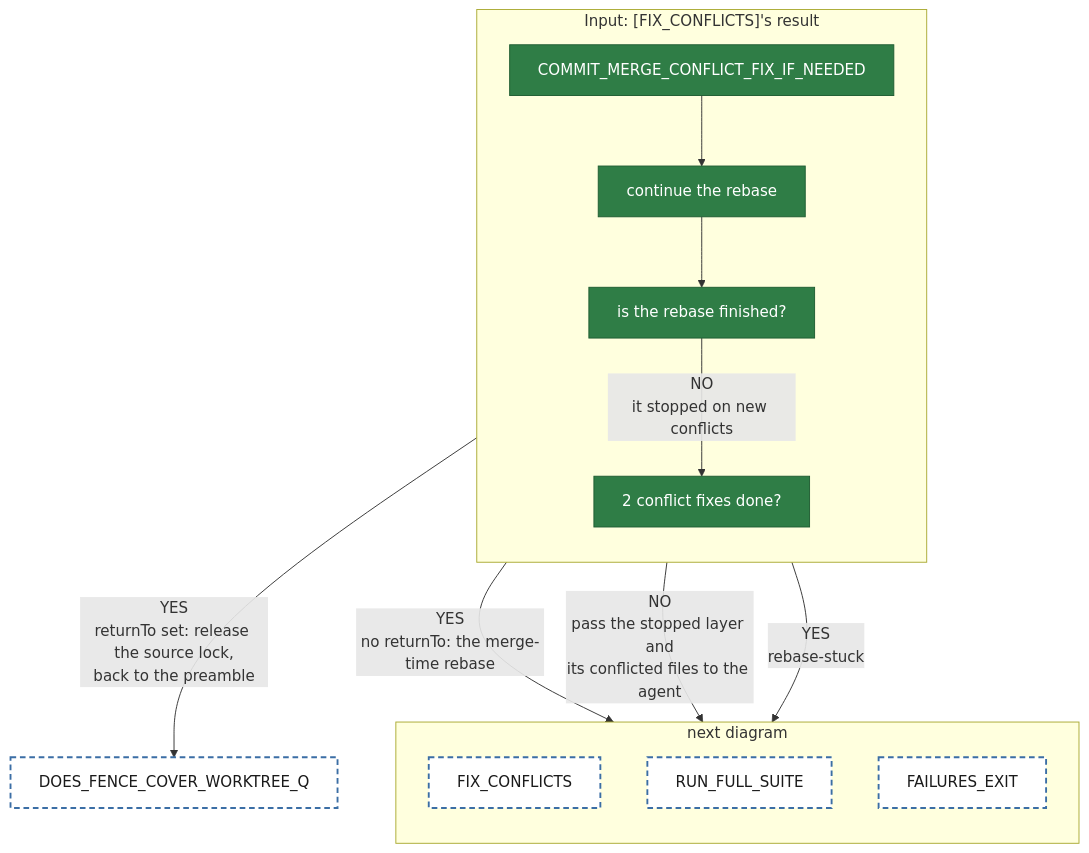
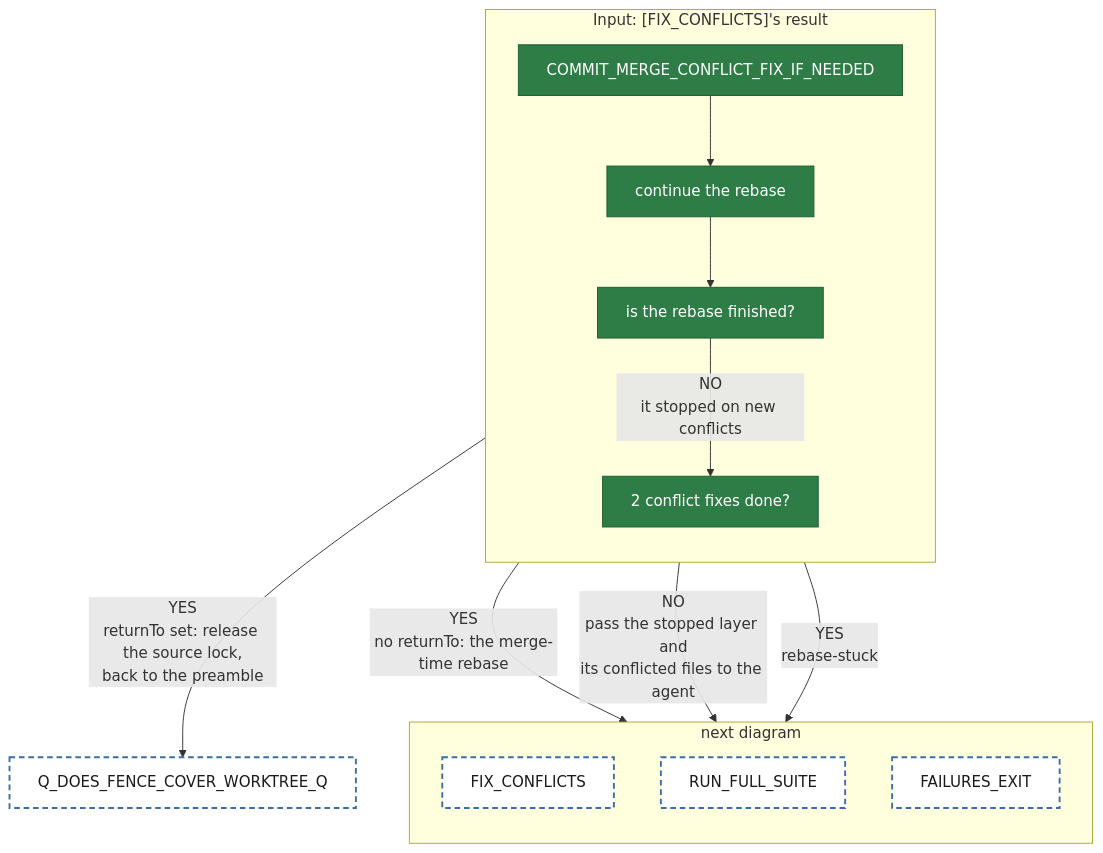
One commit to matkatmusic/taskTools changed the diagram in diagrams/tackle-tasks/pipeline-commitMergeConflictFixIfNeeded.mmd. Above: the diagram before and after it, drawn with Mermaid. The commit also changed 82 other files, not shown here.

First line of the commit message:
[mermaid 11] Replace the preamble diagram with the new-format one

```diff
--- a/diagrams/tackle-tasks/pipeline-commitMergeConflictFixIfNeeded.mmd
+++ b/diagrams/tackle-tasks/pipeline-commitMergeConflictFixIfNeeded.mmd
@@ -1,33 +1,33 @@
 flowchart TB
 %% One agent() call. /run-step starts at COMMIT_MERGE_CONFLICT_FIX_IF_NEEDED. Every path ends at an orange block or a dashed block.
 
   subgraph commitMergeConflictFixIfNeeded ["Input: [FIX_CONFLICTS]'s result"]
     direction TB
     COMMIT_MERGE_CONFLICT_FIX_IF_NEEDED["COMMIT_MERGE_CONFLICT_FIX_IF_NEEDED"]
     CONTINUE_REBASE["continue the rebase"]
     IS_REBASE_FINISHED_Q["is the rebase finished?"]
     ARE_2_CONFLICT_FIXES_DONE_Q["2 conflict fixes done?"]
   end
   subgraph commitMergeConflictFixIfNeededNext ["next diagram"]
     direction TB
     FIX_CONFLICTS["FIX_CONFLICTS"]
     RUN_FULL_SUITE["RUN_FULL_SUITE"]
     FAILURES_EXIT["FAILURES_EXIT"]
   end
   commitMergeConflictFixIfNeeded ~~~ commitMergeConflictFixIfNeededNext
 
   COMMIT_MERGE_CONFLICT_FIX_IF_NEEDED --> CONTINUE_REBASE
   CONTINUE_REBASE --> IS_REBASE_FINISHED_Q
   IS_REBASE_FINISHED_Q -- "YES<br/>no returnTo: the merge-time rebase" --> RUN_FULL_SUITE
-  IS_REBASE_FINISHED_Q -- "YES<br/>returnTo set: release the source lock,<br/>back to the preamble" --> DOES_FENCE_COVER_WORKTREE_Q
+  IS_REBASE_FINISHED_Q -- "YES<br/>returnTo set: release the source lock,<br/>back to the preamble" --> Q_DOES_FENCE_COVER_WORKTREE_Q
   IS_REBASE_FINISHED_Q -- "NO<br/>it stopped on new conflicts" --> ARE_2_CONFLICT_FIXES_DONE_Q
   ARE_2_CONFLICT_FIXES_DONE_Q -- "NO<br/>pass the stopped layer and<br/>its conflicted files to the agent" --> FIX_CONFLICTS
   ARE_2_CONFLICT_FIXES_DONE_Q -- "YES<br/>rebase-stuck" --> FAILURES_EXIT
 
   classDef script fill:#2f7d46,stroke:#1e5c31,color:#ffffff
   classDef returns_a_prompt fill:#e07b39,stroke:#a8541f,color:#1a1a1a
   classDef fail fill:red,stroke:#254a70,color:#ffffff
   classDef output fill:#3b6ea5,stroke:#254a70,color:#ffffff
   classDef next_diagram fill:#ffffff,stroke:#3b6ea5,stroke-width:2px,stroke-dasharray:6 4,color:#1a1a1a
   class COMMIT_MERGE_CONFLICT_FIX_IF_NEEDED,CONTINUE_REBASE,IS_REBASE_FINISHED_Q,ARE_2_CONFLICT_FIXES_DONE_Q script
-  class FIX_CONFLICTS,RUN_FULL_SUITE,FAILURES_EXIT,DOES_FENCE_COVER_WORKTREE_Q next_diagram
+  class FIX_CONFLICTS,RUN_FULL_SUITE,FAILURES_EXIT,Q_DOES_FENCE_COVER_WORKTREE_Q next_diagram
```
